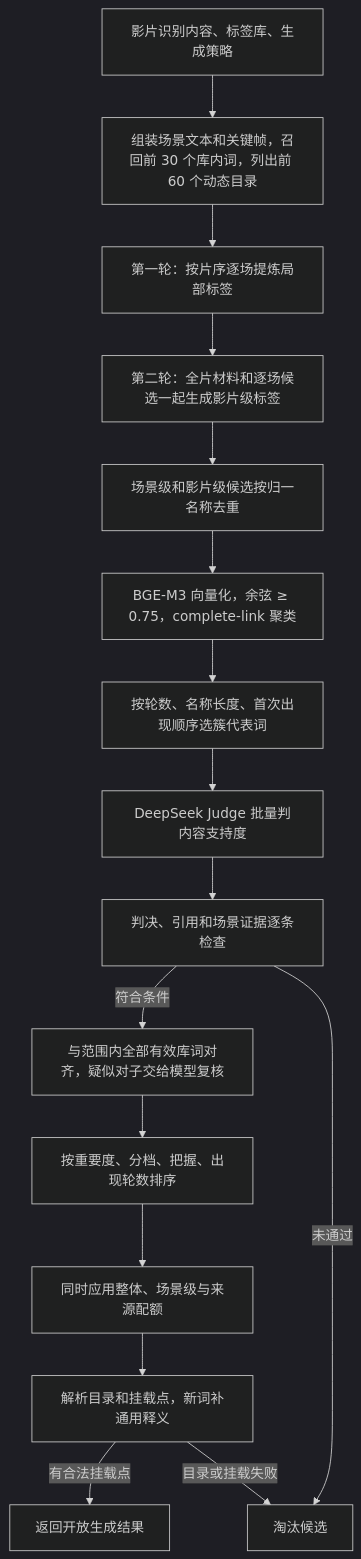
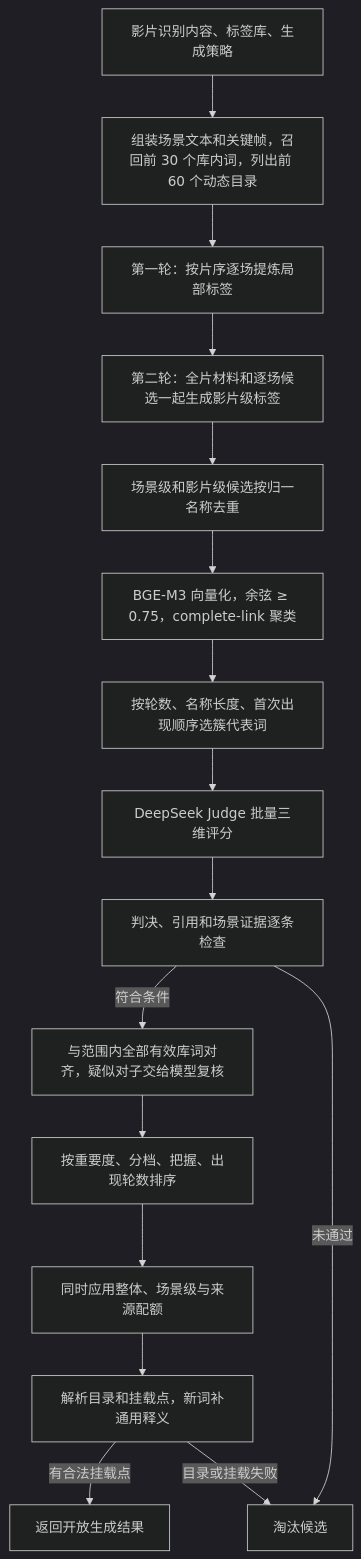
Before and after one commit to morning-gu/intelligent-tag-platform: the first of 3 diagrams in docs/open-tag-generation.md, drawn with Mermaid (dark theme). The commit also changed other lines of this file and 2 other files, not shown here.

````diff
--- a/docs/open-tag-generation.md
+++ b/docs/open-tag-generation.md
@@ -7,18 +7,18 @@
 ```mermaid
 flowchart TD
     A["影片识别内容、标签库、生成策略"] --> B["组装场景文本和关键帧，召回前 30 个库内词，列出前 60 个动态目录"]
     B --> C["第一轮：按片序逐场提炼局部标签"]
     C --> CF["第二轮：全片材料和逐场候选一起生成影片级标签"]
     CF --> D["场景级和影片级候选按归一名称去重"]
     D --> E["BGE-M3 向量化，余弦 ≥ 0.75，complete-link 聚类"]
     E --> F["按轮数、名称长度、首次出现顺序选簇代表词"]
-    F --> G["DeepSeek Judge 批量判内容支持度"]
+    F --> G["DeepSeek Judge 批量三维评分"]
     G --> H["判决、引用和场景证据逐条检查"]
     H -->|符合条件| I["与范围内全部有效库词对齐，疑似对子交给模型复核"]
     H -->|未通过| X["淘汰候选"]
     I --> J["按重要度、分档、把握、出现轮数排序"]
     J --> K["同时应用整体、场景级与来源配额"]
     K --> L["解析目录和挂载点，新词补通用释义"]
     L -->|有合法挂载点| M["返回开放生成结果"]
     L -->|目录或挂载失败| X
 ```
````
